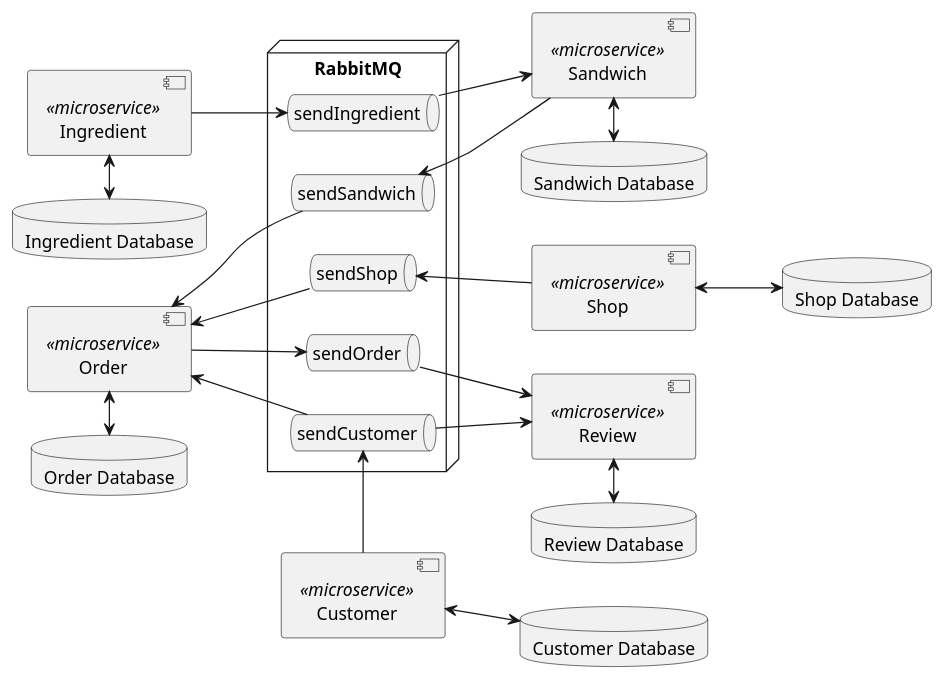
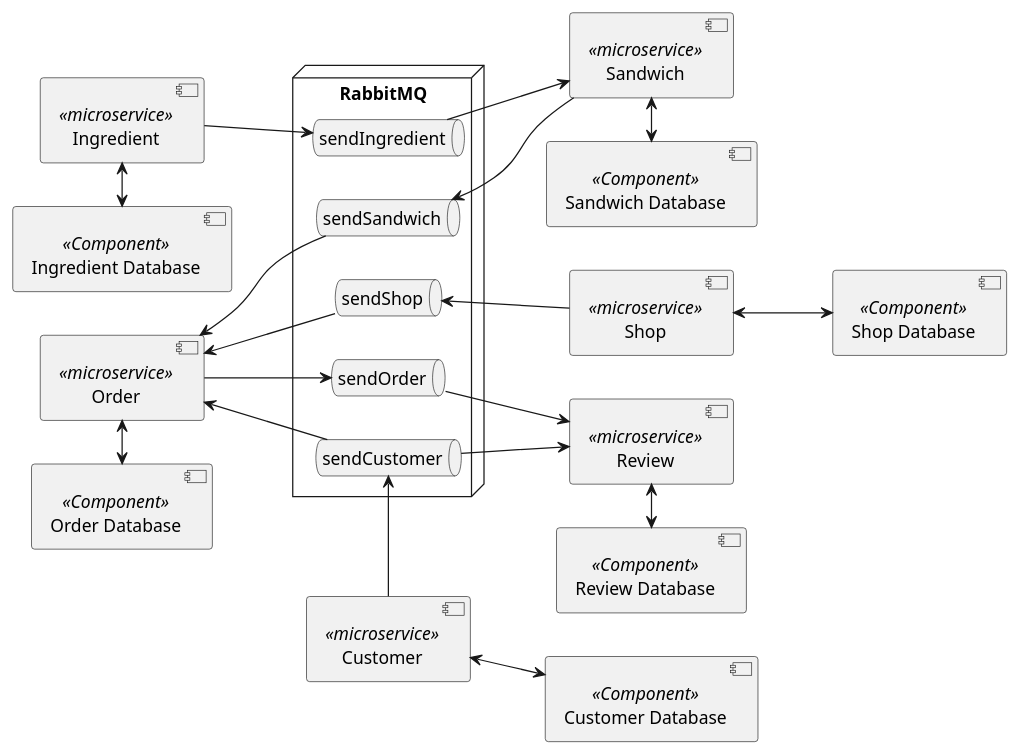
Before and after one commit to TiagoNora/ballerina-project: the diagram in design/diagramMessage.puml, drawn with PlantUML. The commit also changed 77 other files, not shown here.

```diff
--- a/design/diagramMessage.puml
+++ b/design/diagramMessage.puml
@@ -1,59 +1,53 @@
 @startuml
 
 left to right direction
 
 [Sandwich] <<microservice>> as sandwich
 [Ingredient] <<microservice>> as ingredient
 [Review] <<microservice>> as review
 [Shop] <<microservice>> as shop
 [Order] <<microservice>> as order
 [Customer] <<microservice>> as customer
 
 
 node "RabbitMQ"{
     queue sendSandwich as sendSandwich{ 
     }
     queue sendIngredient as sendIngredient{
     }
     queue sendShop as sendShop{
     }
     queue sendCustomer as sendCustomer{
     }
     queue sendOrder as sendOrder{
     }
 
 }
 
-database "Sandwich Database" as sand{
-}
-database "Ingredient Database" as i{
-}
-database "Review Database" as r{
-}
-database "Shop Database" as s{
-}
-database "Order Database" as o{
-}
-database "Customer Database" as c{
-}
+[Sandwich Database] <<Component>> as sand
+[Ingredient Database] <<Component>> as i
+[Review Database] <<Component>> as r
+[Shop Database] <<Component>> as s
+[Order Database] <<Component>> as o
+[Customer Database] <<Component>> as c
 
 sandwich <-right-> sand
 ingredient <-right-> i
 review <-right-> r 
 shop <--> s
 order <-right-> o 
 customer <--> c
 
 sendSandwich <-- sandwich
 order <-- sendSandwich
 ingredient --> sendIngredient
 sendIngredient --> sandwich
 sendShop <-- shop 
 order <-- sendShop
 sendCustomer <-left- customer
 order <-- sendCustomer
 sendCustomer --> review
 order --> sendOrder
 sendOrder --> review
 
 @enduml
```
